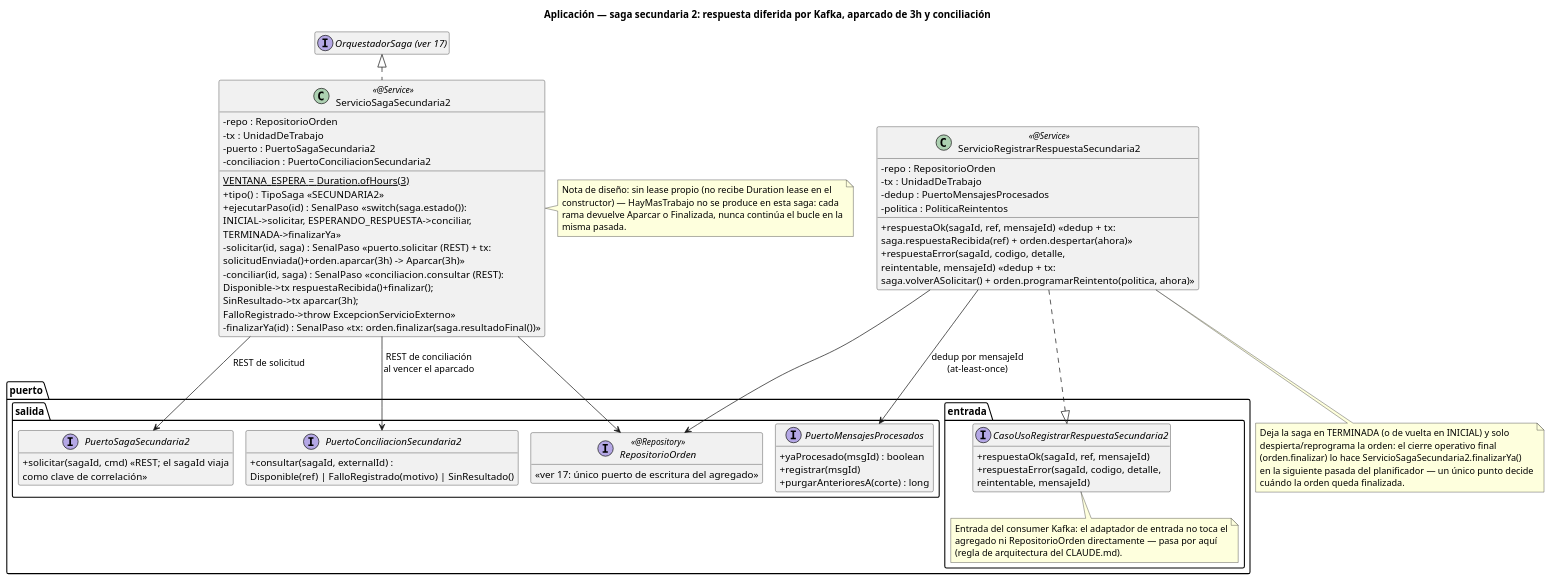
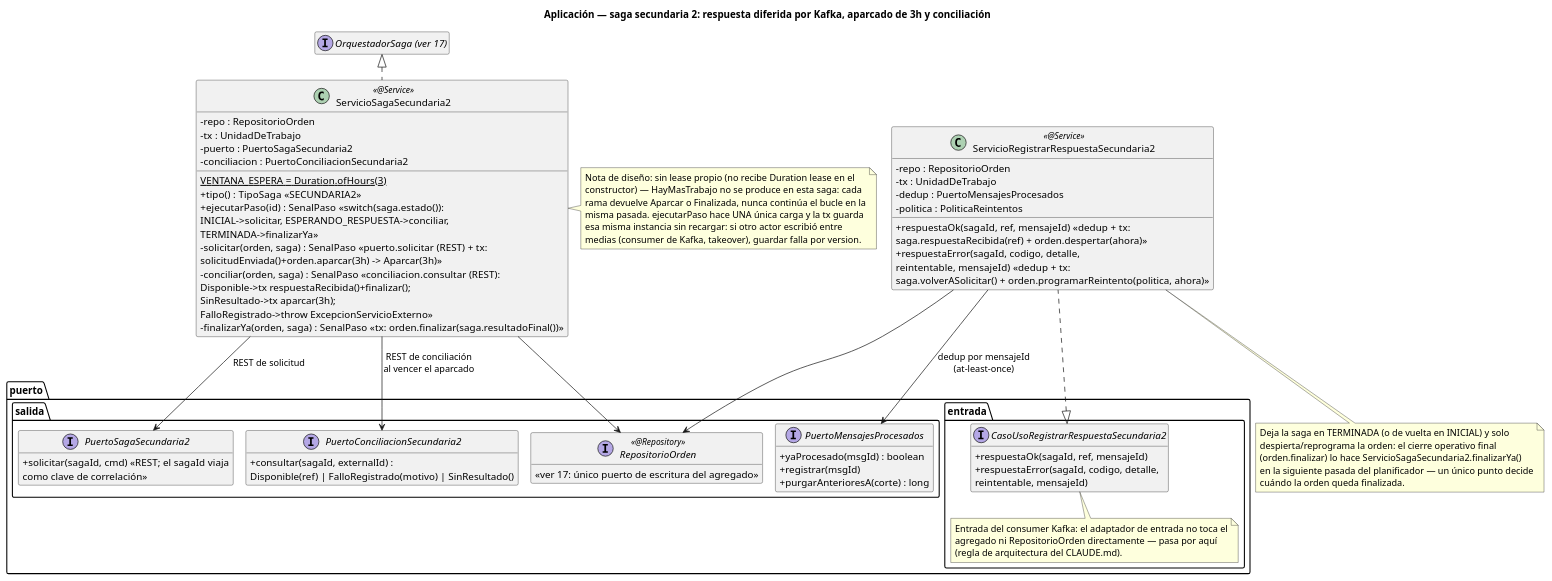
Before and after one commit to ralcazar/patrones: the diagram in order-manager/docs/20-clases-aplicacion-saga-secundaria2.puml, drawn with PlantUML. The commit also changed 27 other files, not shown here.

First line of the commit message:
Takeover seguro real: una única carga por paso, sin recarga dentro de la tx

```diff
--- a/order-manager/docs/20-clases-aplicacion-saga-secundaria2.puml
+++ b/order-manager/docs/20-clases-aplicacion-saga-secundaria2.puml
@@ -1,80 +1,82 @@
 @startuml 20-clases-aplicacion-saga-secundaria2
 title Aplicación — saga secundaria 2: respuesta diferida por Kafka, aparcado de 3h y conciliación
 !pragma layout smetana
 hide empty members
 skinparam classAttributeIconSize 0
 
 package "puerto.entrada" {
   interface CasoUsoRegistrarRespuestaSecundaria2 {
     +respuestaOk(sagaId, ref, mensajeId)
     +respuestaError(sagaId, codigo, detalle,\nreintentable, mensajeId)
   }
   note bottom of CasoUsoRegistrarRespuestaSecundaria2
     Entrada del consumer Kafka: el adaptador de entrada no toca el
     agregado ni RepositorioOrden directamente — pasa por aquí
     (regla de arquitectura del CLAUDE.md).
   end note
 }
 
 interface "OrquestadorSaga (ver 17)" as Base
 
 class ServicioSagaSecundaria2 <<@Service>> {
   {static} VENTANA_ESPERA = Duration.ofHours(3)
   -repo : RepositorioOrden
   -tx : UnidadDeTrabajo
   -puerto : PuertoSagaSecundaria2
   -conciliacion : PuertoConciliacionSecundaria2
   +tipo() : TipoSaga  «SECUNDARIA2»
   +ejecutarPaso(id) : SenalPaso  «switch(saga.estado()):\nINICIAL->solicitar, ESPERANDO_RESPUESTA->conciliar,\nTERMINADA->finalizarYa»
-  -solicitar(id, saga) : SenalPaso  «puerto.solicitar (REST) + tx:\nsolicitudEnviada()+orden.aparcar(3h) -> Aparcar(3h)»
-  -conciliar(id, saga) : SenalPaso  «conciliacion.consultar (REST):\nDisponible->tx respuestaRecibida()+finalizar();\nSinResultado->tx aparcar(3h);\nFalloRegistrado->throw ExcepcionServicioExterno»
-  -finalizarYa(id) : SenalPaso  «tx: orden.finalizar(saga.resultadoFinal())»
+  -solicitar(orden, saga) : SenalPaso  «puerto.solicitar (REST) + tx:\nsolicitudEnviada()+orden.aparcar(3h) -> Aparcar(3h)»
+  -conciliar(orden, saga) : SenalPaso  «conciliacion.consultar (REST):\nDisponible->tx respuestaRecibida()+finalizar();\nSinResultado->tx aparcar(3h);\nFalloRegistrado->throw ExcepcionServicioExterno»
+  -finalizarYa(orden, saga) : SenalPaso  «tx: orden.finalizar(saga.resultadoFinal())»
 }
 note right of ServicioSagaSecundaria2
   Nota de diseño: sin lease propio (no recibe Duration lease en el
   constructor) — HayMasTrabajo no se produce en esta saga: cada
   rama devuelve Aparcar o Finalizada, nunca continúa el bucle en la
-  misma pasada.
+  misma pasada. ejecutarPaso hace UNA única carga y la tx guarda
+  esa misma instancia sin recargar: si otro actor escribió entre
+  medias (consumer de Kafka, takeover), guardar falla por version.
 end note
 
 class ServicioRegistrarRespuestaSecundaria2 <<@Service>> {
   -repo : RepositorioOrden
   -tx : UnidadDeTrabajo
   -dedup : PuertoMensajesProcesados
   -politica : PoliticaReintentos
   +respuestaOk(sagaId, ref, mensajeId)  «dedup + tx:\nsaga.respuestaRecibida(ref) + orden.despertar(ahora)»
   +respuestaError(sagaId, codigo, detalle,\nreintentable, mensajeId)  «dedup + tx:\nsaga.volverASolicitar() + orden.programarReintento(politica, ahora)»
 }
 note bottom of ServicioRegistrarRespuestaSecundaria2
   Deja la saga en TERMINADA (o de vuelta en INICIAL) y solo
   despierta/reprograma la orden: el cierre operativo final
   (orden.finalizar) lo hace ServicioSagaSecundaria2.finalizarYa()
   en la siguiente pasada del planificador — un único punto decide
   cuándo la orden queda finalizada.
 end note
 
 package "puerto.salida" {
   interface RepositorioOrden <<@Repository>> {
     «ver 17: único puerto de escritura del agregado»
   }
   interface PuertoSagaSecundaria2 {
     +solicitar(sagaId, cmd)  «REST; el sagaId viaja\ncomo clave de correlación»
   }
   interface PuertoConciliacionSecundaria2 {
     +consultar(sagaId, externalId) :\nDisponible(ref) | FalloRegistrado(motivo) | SinResultado()
   }
   interface PuertoMensajesProcesados {
     +yaProcesado(msgId) : boolean
     +registrar(msgId)
     +purgarAnterioresA(corte) : long
   }
 }
 
 CasoUsoRegistrarRespuestaSecundaria2 <|.. ServicioRegistrarRespuestaSecundaria2
 Base <|.. ServicioSagaSecundaria2
 ServicioSagaSecundaria2 --> RepositorioOrden
 ServicioSagaSecundaria2 --> PuertoSagaSecundaria2 : REST de solicitud
 ServicioSagaSecundaria2 --> PuertoConciliacionSecundaria2 : REST de conciliación\nal vencer el aparcado
 ServicioRegistrarRespuestaSecundaria2 --> RepositorioOrden
 ServicioRegistrarRespuestaSecundaria2 --> PuertoMensajesProcesados : dedup por mensajeId\n(at-least-once)
 @enduml
```
